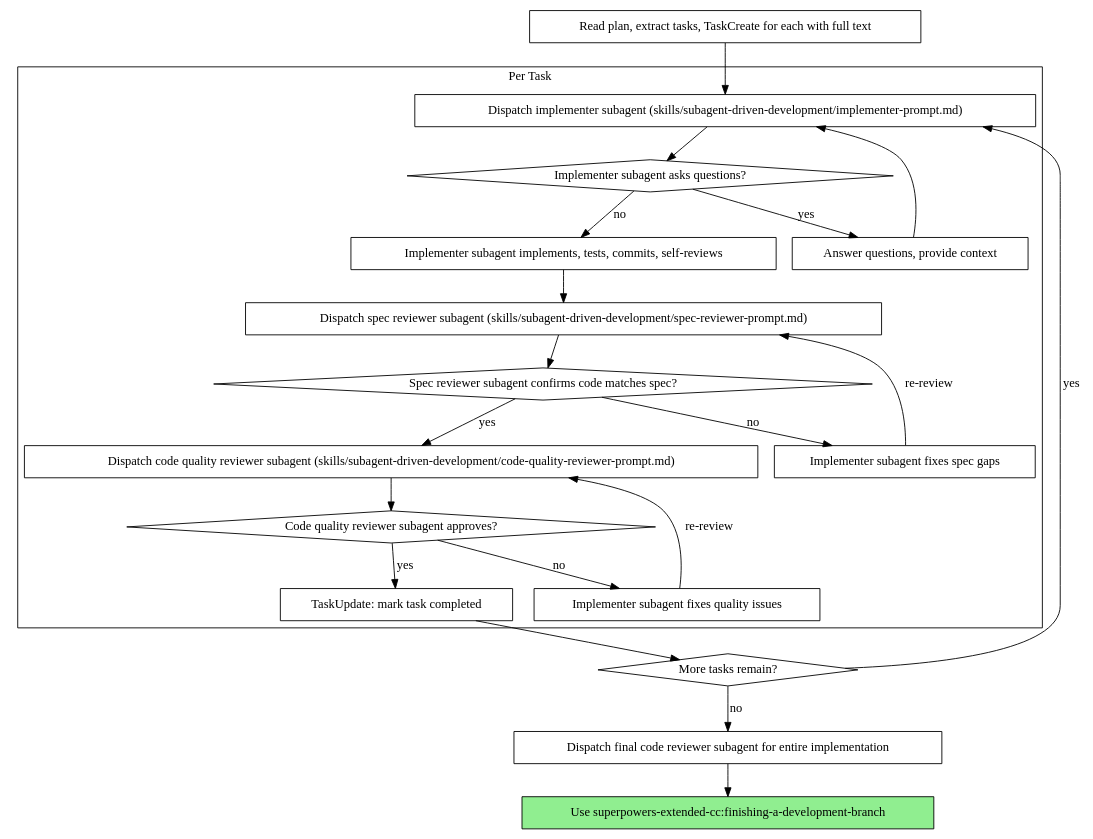
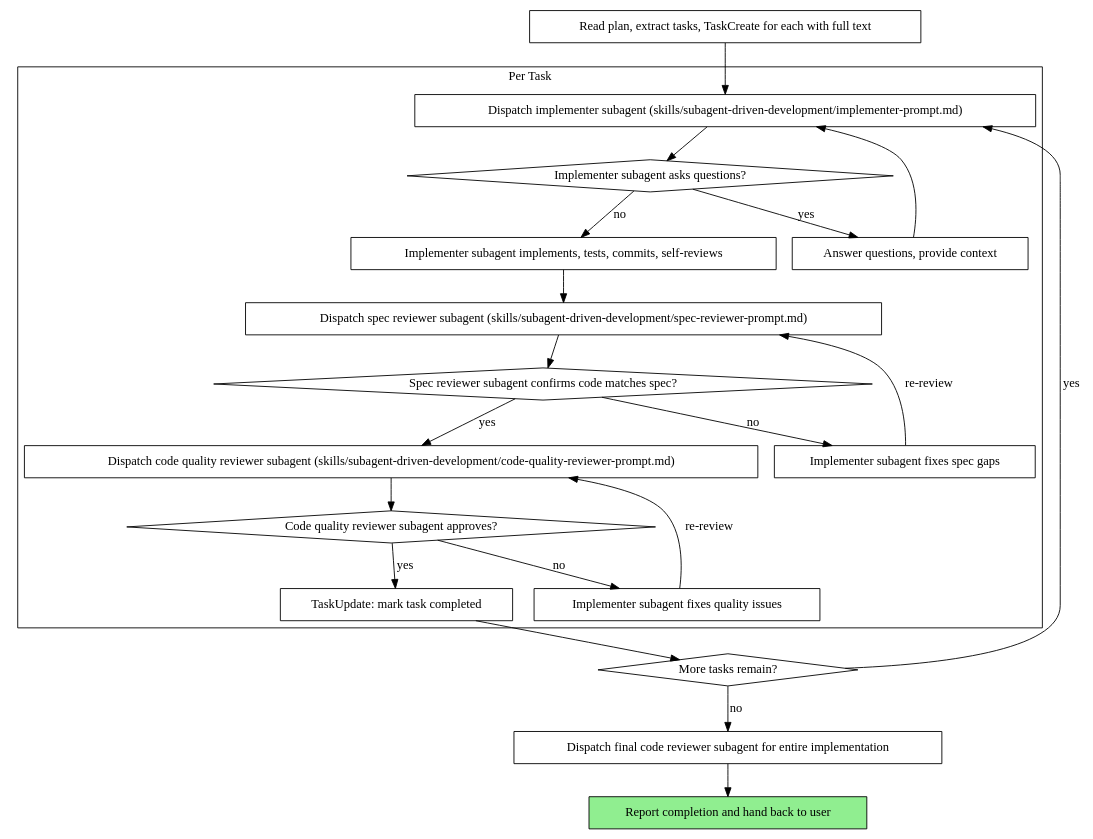
One commit to wisc17/superpowers changed the second of 2 diagrams in skills/subagent-driven-development/SKILL.md. Above: the diagram before and after it, drawn with Graphviz. The commit also changed other lines of this file and 1 other file, not shown here.

Commit message:
remove finishing-a-development-branch handoff from plan-execution skills

````diff
--- a/skills/subagent-driven-development/SKILL.md
+++ b/skills/subagent-driven-development/SKILL.md
@@ -44,44 +44,44 @@
 ```dot
 digraph process {
     rankdir=TB;
 
     subgraph cluster_per_task {
         label="Per Task";
         "Dispatch implementer subagent (skills/subagent-driven-development/implementer-prompt.md)" [shape=box];
         "Implementer subagent asks questions?" [shape=diamond];
         "Answer questions, provide context" [shape=box];
         "Implementer subagent implements, tests, commits, self-reviews" [shape=box];
         "Dispatch spec reviewer subagent (skills/subagent-driven-development/spec-reviewer-prompt.md)" [shape=box];
         "Spec reviewer subagent confirms code matches spec?" [shape=diamond];
         "Implementer subagent fixes spec gaps" [shape=box];
         "Dispatch code quality reviewer subagent (skills/subagent-driven-development/code-quality-reviewer-prompt.md)" [shape=box];
         "Code quality reviewer subagent approves?" [shape=diamond];
         "Implementer subagent fixes quality issues" [shape=box];
         "TaskUpdate: mark task completed" [shape=box];
     }
 
     "Read plan, extract tasks, TaskCreate for each with full text" [shape=box];
     "More tasks remain?" [shape=diamond];
     "Dispatch final code reviewer subagent for entire implementation" [shape=box];
-    "Use superpowers-extended-cc:finishing-a-development-branch" [shape=box style=filled fillcolor=lightgreen];
+    "Report completion and hand back to user" [shape=box style=filled fillcolor=lightgreen];
 
     "Read plan, extract tasks, TaskCreate for each with full text" -> "Dispatch implementer subagent (skills/subagent-driven-development/implementer-prompt.md)";
     "Dispatch implementer subagent (skills/subagent-driven-development/implementer-prompt.md)" -> "Implementer subagent asks questions?";
     "Implementer subagent asks questions?" -> "Answer questions, provide context" [label="yes"];
     "Answer questions, provide context" -> "Dispatch implementer subagent (skills/subagent-driven-development/implementer-prompt.md)";
     "Implementer subagent asks questions?" -> "Implementer subagent implements, tests, commits, self-reviews" [label="no"];
     "Implementer subagent implements, tests, commits, self-reviews" -> "Dispatch spec reviewer subagent (skills/subagent-driven-development/spec-reviewer-prompt.md)";
     "Dispatch spec reviewer subagent (skills/subagent-driven-development/spec-reviewer-prompt.md)" -> "Spec reviewer subagent confirms code matches spec?";
     "Spec reviewer subagent confirms code matches spec?" -> "Implementer subagent fixes spec gaps" [label="no"];
     "Implementer subagent fixes spec gaps" -> "Dispatch spec reviewer subagent (skills/subagent-driven-development/spec-reviewer-prompt.md)" [label="re-review"];
     "Spec reviewer subagent confirms code matches spec?" -> "Dispatch code quality reviewer subagent (skills/subagent-driven-development/code-quality-reviewer-prompt.md)" [label="yes"];
     "Dispatch code quality reviewer subagent (skills/subagent-driven-development/code-quality-reviewer-prompt.md)" -> "Code quality reviewer subagent approves?";
     "Code quality reviewer subagent approves?" -> "Implementer subagent fixes quality issues" [label="no"];
     "Implementer subagent fixes quality issues" -> "Dispatch code quality reviewer subagent (skills/subagent-driven-development/code-quality-reviewer-prompt.md)" [label="re-review"];
     "Code quality reviewer subagent approves?" -> "TaskUpdate: mark task completed" [label="yes"];
     "TaskUpdate: mark task completed" -> "More tasks remain?";
     "More tasks remain?" -> "Dispatch implementer subagent (skills/subagent-driven-development/implementer-prompt.md)" [label="yes"];
     "More tasks remain?" -> "Dispatch final code reviewer subagent for entire implementation" [label="no"];
-    "Dispatch final code reviewer subagent for entire implementation" -> "Use superpowers-extended-cc:finishing-a-development-branch";
+    "Dispatch final code reviewer subagent for entire implementation" -> "Report completion and hand back to user";
 }
 ```
````
